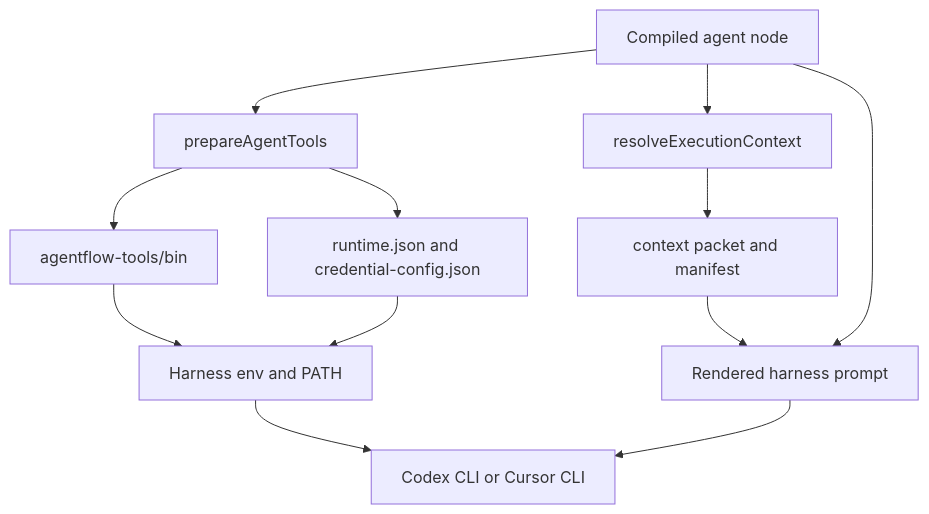
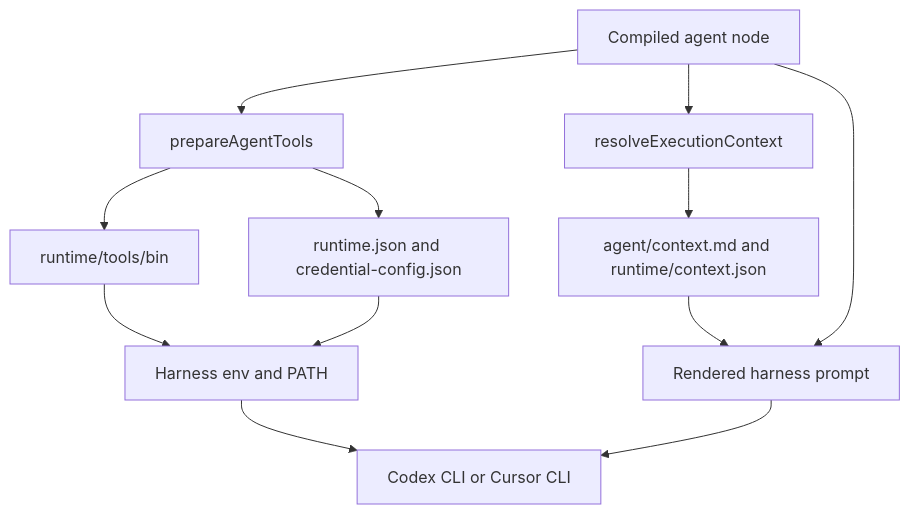
Before and after one commit to koji98/agentflow: the first of 3 diagrams in docs/technical/runtime-tooling.md, drawn with Mermaid. The commit also changed other lines of this file and 104 other files, not shown here.

````diff
--- a/docs/technical/runtime-tooling.md
+++ b/docs/technical/runtime-tooling.md
@@ -9,14 +9,14 @@
 ```mermaid
 flowchart TD
   compiled["Compiled agent node"] --> setup["prepareAgentTools"]
   compiled --> context["resolveExecutionContext"]
-  setup --> bin["agentflow-tools/bin"]
+  setup --> bin["runtime/tools/bin"]
   setup --> metadata["runtime.json and credential-config.json"]
-  context --> packet["context packet and manifest"]
+  context --> packet["agent/context.md and runtime/context.json"]
   bin --> env["Harness env and PATH"]
   metadata --> env
   packet --> prompt["Rendered harness prompt"]
   compiled --> prompt
   env --> harness["Codex CLI or Cursor CLI"]
   prompt --> harness
 ```
````
